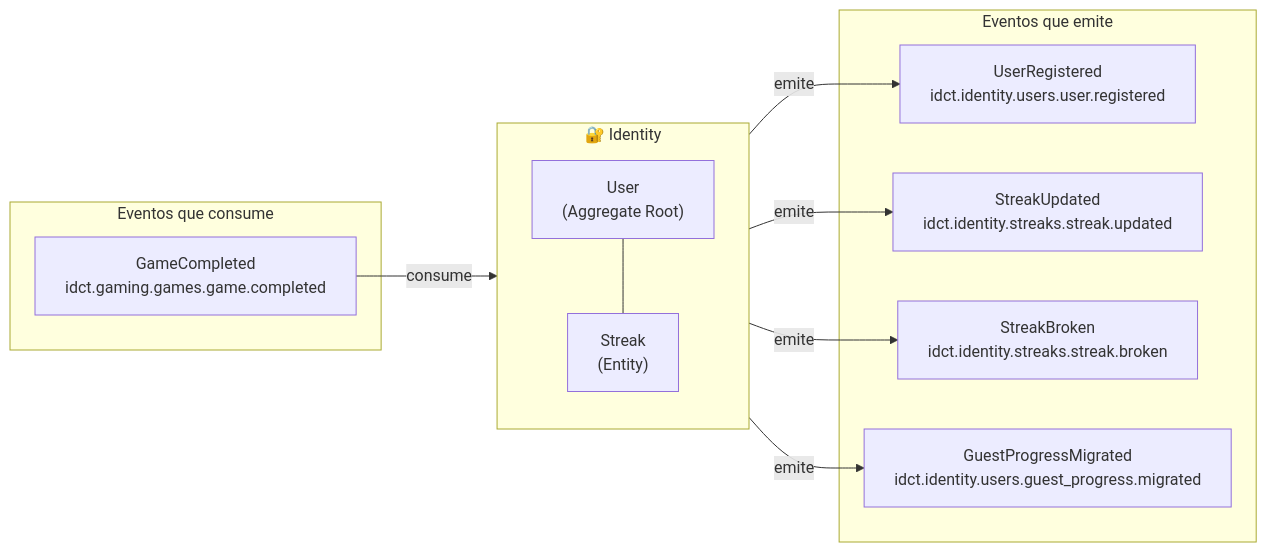
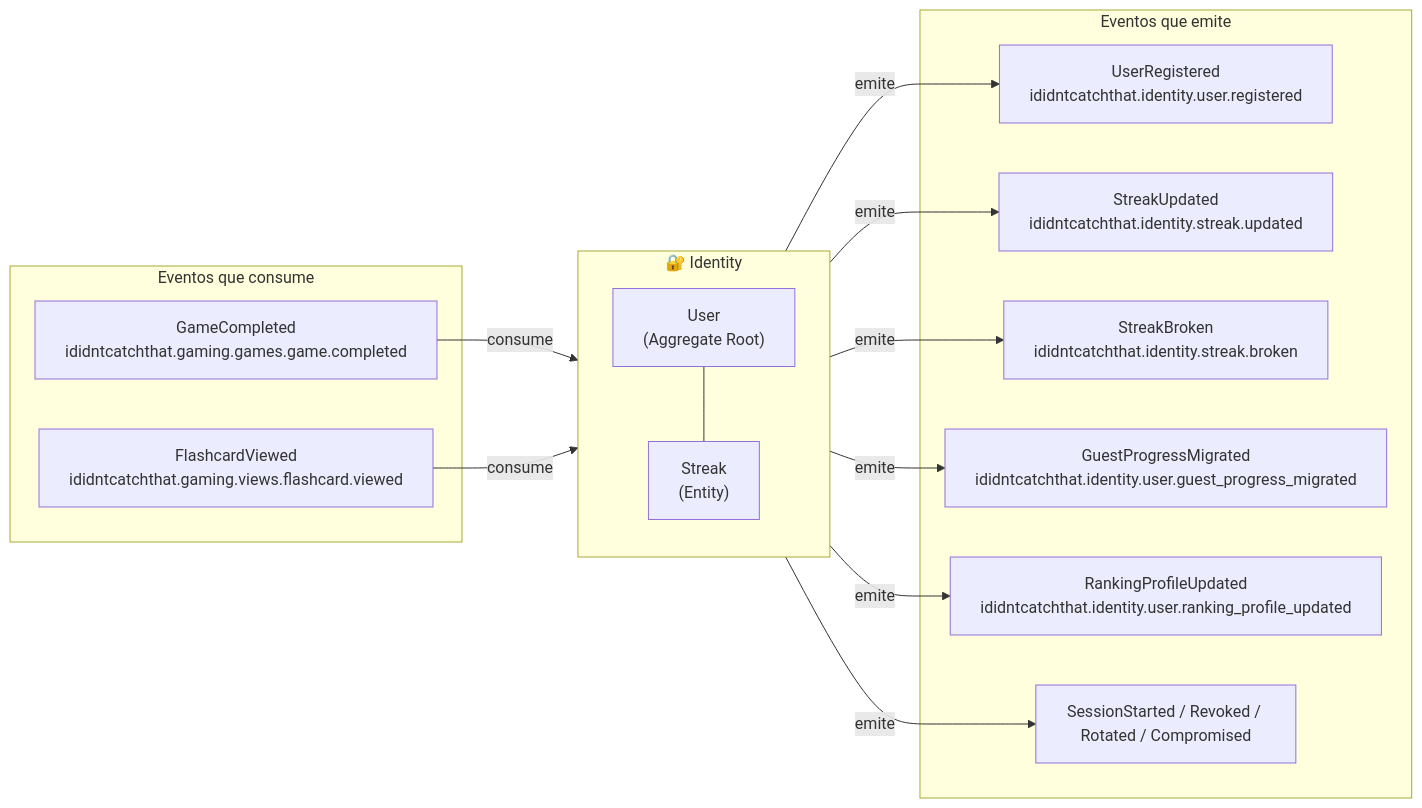
One commit to AbrahamVilchesDeLaCruz/ididntcatchthat changed the first of 7 diagrams in docs/domain/bounded-contexts-detail.md. Above: the diagram before and after it, drawn with Mermaid. The commit also changed other lines of this file and 623 other files, not shown here.

````diff
--- a/docs/domain/bounded-contexts-detail.md
+++ b/docs/domain/bounded-contexts-detail.md
@@ -11,25 +11,31 @@
 ```mermaid
 graph LR
     subgraph Identity ["🔐 Identity"]
         User["User\n(Aggregate Root)"]
         Streak["Streak\n(Entity)"]
         User --- Streak
     end
 
     subgraph Emits ["Eventos que emite"]
-        E1["UserRegistered\nidct.identity.users.user.registered"]
-        E2["StreakUpdated\nidct.identity.streaks.streak.updated"]
-        E3["StreakBroken\nidct.identity.streaks.streak.broken"]
-        E4["GuestProgressMigrated\nidct.identity.users.guest_progress.migrated"]
+        E1["UserRegistered\nididntcatchthat.identity.user.registered"]
+        E2["StreakUpdated\nididntcatchthat.identity.streak.updated"]
+        E3["StreakBroken\nididntcatchthat.identity.streak.broken"]
+        E4["GuestProgressMigrated\nididntcatchthat.identity.user.guest_progress_migrated"]
+        E5["RankingProfileUpdated\nididntcatchthat.identity.user.ranking_profile_updated"]
+        E6["SessionStarted / Revoked / Rotated / Compromised"]
     end
 
     subgraph Consumes ["Eventos que consume"]
-        C1["GameCompleted\nidct.gaming.games.game.completed"]
+        C1["GameCompleted\nididntcatchthat.gaming.games.game.completed"]
+        C2["FlashcardViewed\nididntcatchthat.gaming.views.flashcard.viewed"]
     end
 
     Identity -->|emite| E1
     Identity -->|emite| E2
     Identity -->|emite| E3
     Identity -->|emite| E4
+    Identity -->|emite| E5
+    Identity -->|emite| E6
     C1 -->|consume| Identity
+    C2 -->|consume| Identity
 ```
````
